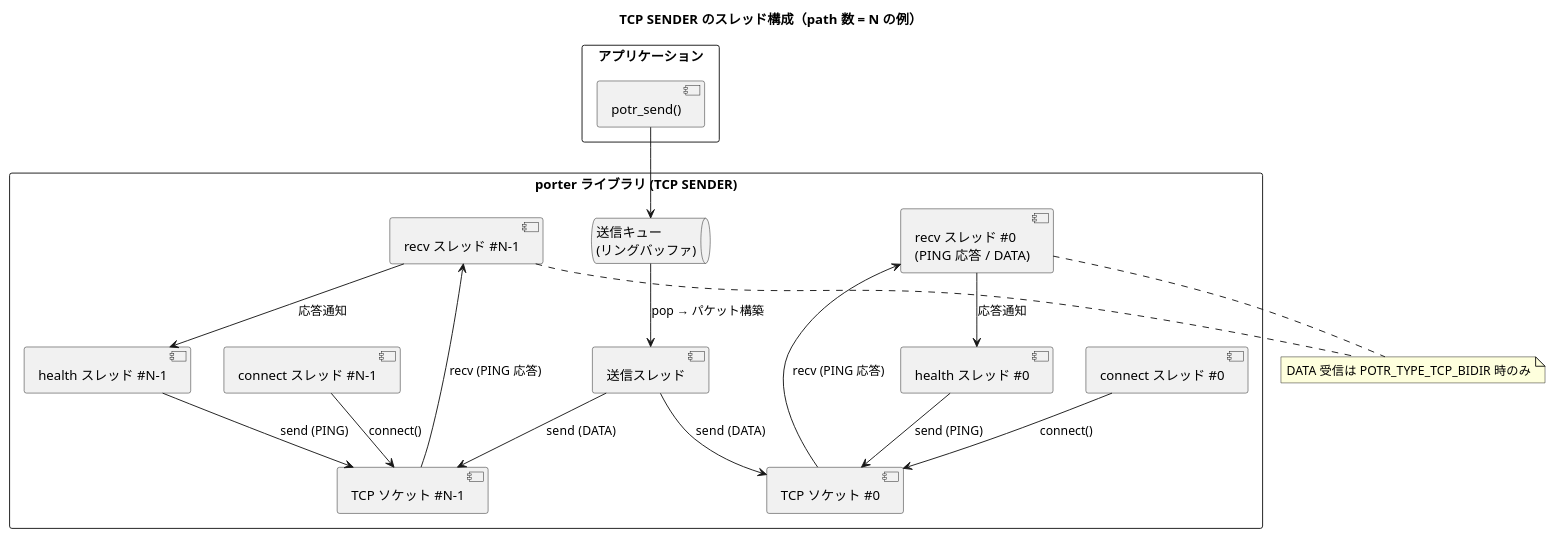
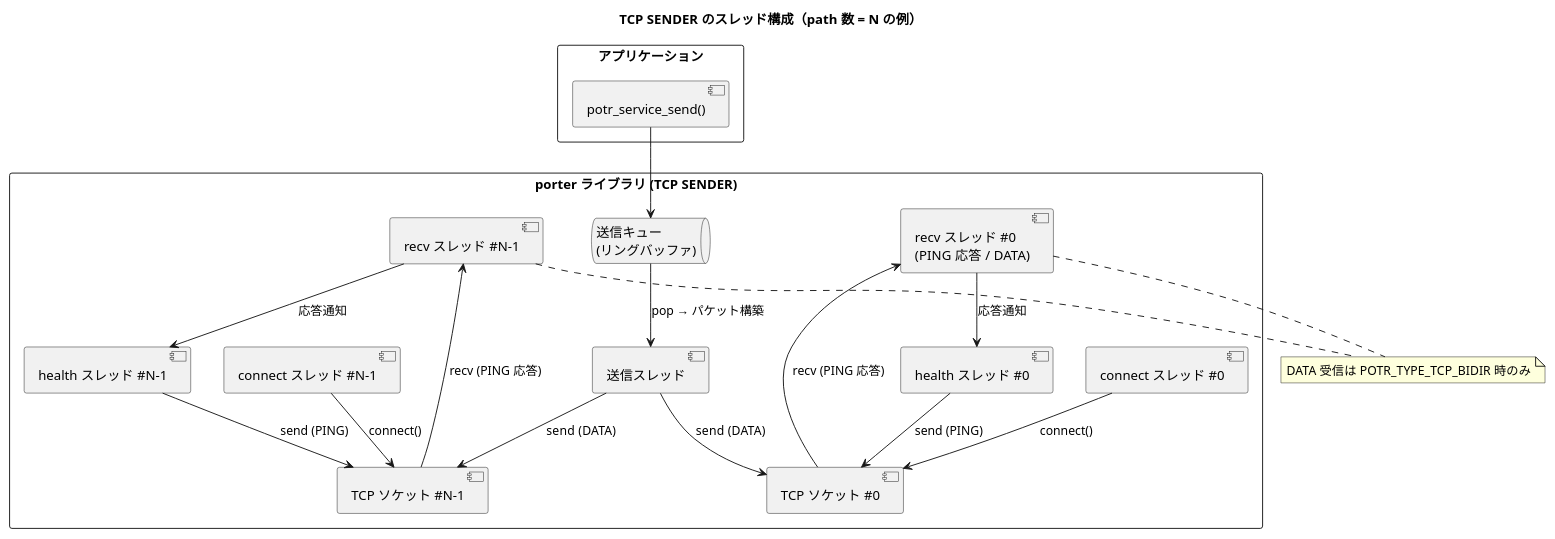
The fourth of 6 diagrams in docs/architecture.md (Hondarer/app_porter), drawn with PlantUML before and after one commit. The commit also changed other lines of this file and 46 other files, not shown here.

````diff
--- a/docs/architecture.md
+++ b/docs/architecture.md
@@ -188,39 +188,39 @@
 ```plantuml
 @startuml TCP SENDER スレッド構成
 title TCP SENDER のスレッド構成（path 数 = N の例）
 
 rectangle "アプリケーション" {
-  [potr_send()]
+  [potr_service_send()]
 }
 
 rectangle "porter ライブラリ (TCP SENDER)" {
   [connect スレッド #0] as CT0
   [connect スレッド #N-1] as CTN
   queue "送信キュー\n(リングバッファ)" as Q
   [送信スレッド] as ST
   [recv スレッド #0\n(PING 応答 / DATA)] as RT0
   [recv スレッド #N-1] as RTN
   [health スレッド #0] as HT0
   [health スレッド #N-1] as HTN
   [TCP ソケット #0] as S0
   [TCP ソケット #N-1] as SN
 }
 
-[potr_send()] --> Q
+[potr_service_send()] --> Q
 CT0 --> S0 : connect()
 CTN --> SN : connect()
 Q --> ST : pop → パケット構築
 ST --> S0 : send (DATA)
 ST --> SN : send (DATA)
 HT0 --> S0 : send (PING)
 HTN --> SN : send (PING)
 RT0 <-- S0 : recv (PING 応答)
 RTN <-- SN : recv (PING 応答)
 RT0 --> HT0 : 応答通知
 RTN --> HTN : 応答通知
 
 note "DATA 受信は POTR_TYPE_TCP_BIDIR 時のみ" as NOTE
 RT0 .. NOTE
 RTN .. NOTE
 @enduml
 ```
````
